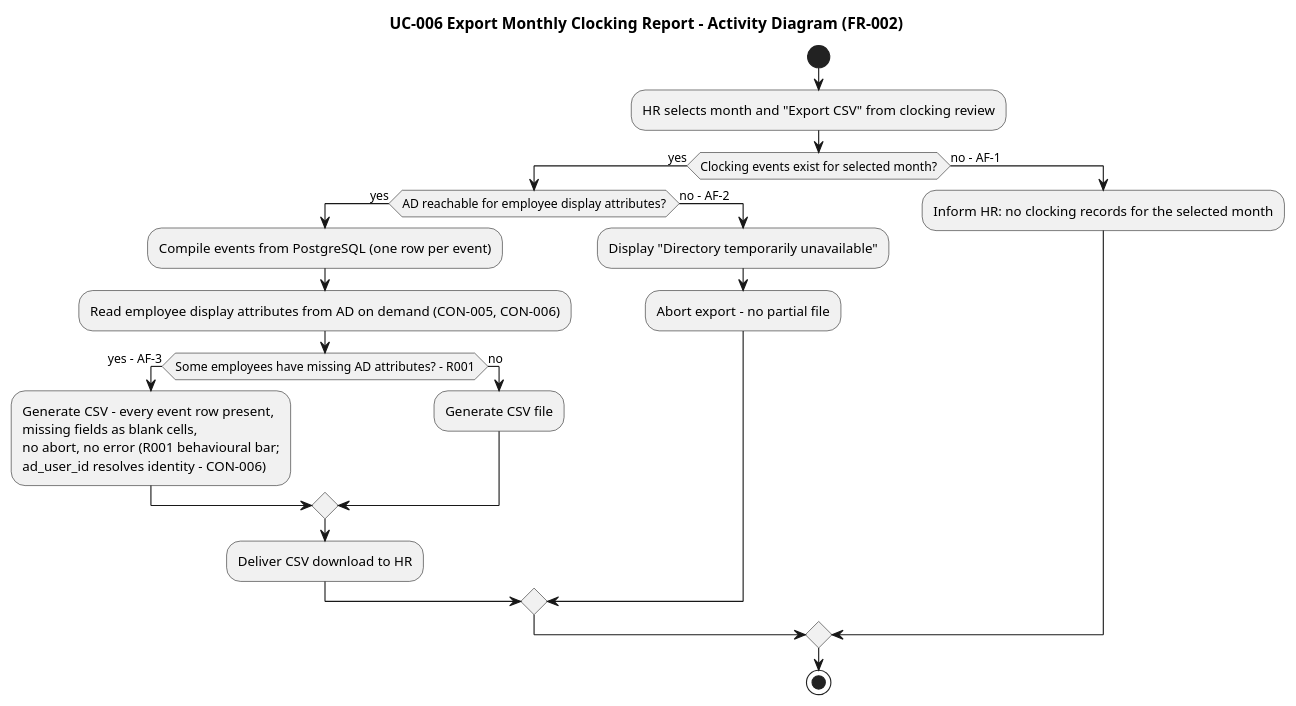
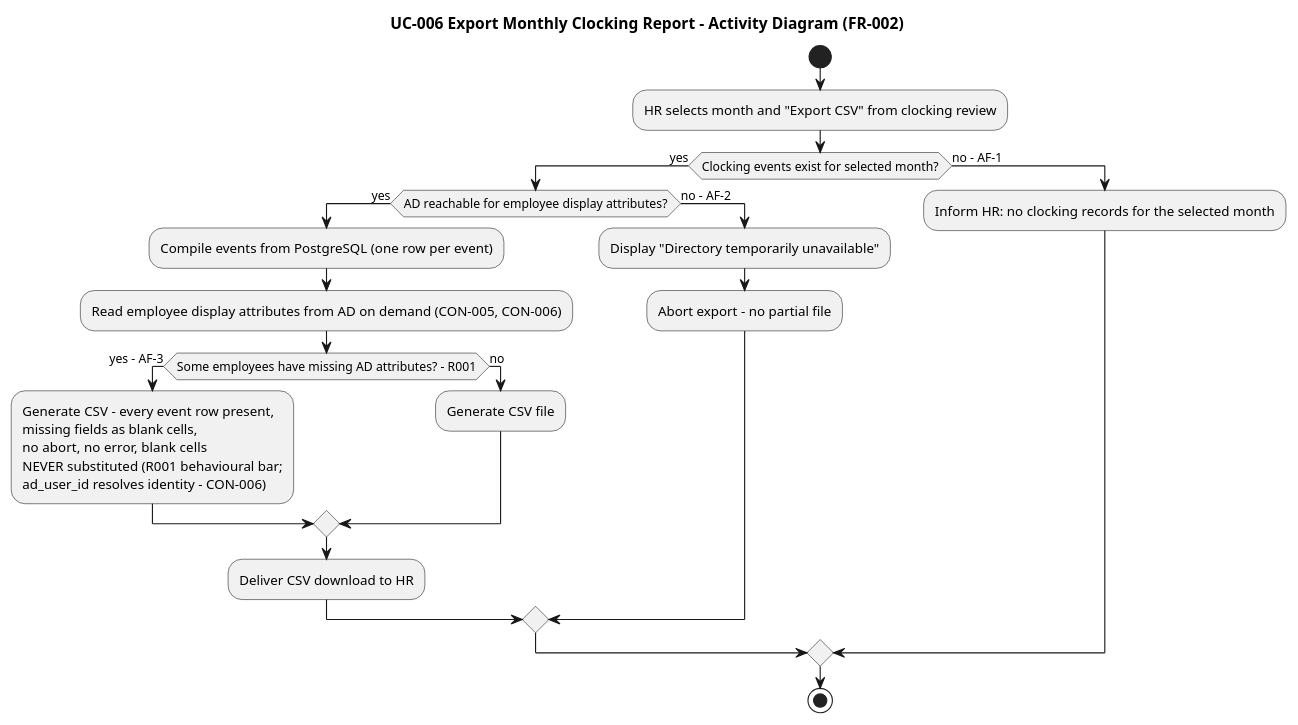
One commit to banense-test/employee-portal changed the seventh of 16 diagrams in docs/artifacts/requirements/use-case-model.md. Above: the diagram before and after it, drawn with PlantUML. The commit also changed other lines of this file, not shown here.

````diff
--- a/docs/artifacts/requirements/use-case-model.md
+++ b/docs/artifacts/requirements/use-case-model.md
@@ -489,25 +489,25 @@
 ```plantuml
 @startuml
 title UC-006 Export Monthly Clocking Report - Activity Diagram (FR-002)
 start
 :HR selects month and "Export CSV" from clocking review;
 if (Clocking events exist for selected month?) then (yes)
   if (AD reachable for employee display attributes?) then (yes)
     :Compile events from PostgreSQL (one row per event);
     :Read employee display attributes from AD on demand (CON-005, CON-006);
     if (Some employees have missing AD attributes? - R001) then (yes - AF-3)
-      :Generate CSV - every event row present,\nmissing fields as blank cells,\nno abort, no error (R001 behavioural bar;\nad_user_id resolves identity - CON-006);
+      :Generate CSV - every event row present,\nmissing fields as blank cells,\nno abort, no error, blank cells\nNEVER substituted (R001 behavioural bar;\nad_user_id resolves identity - CON-006);
     else (no)
       :Generate CSV file;
     endif
     :Deliver CSV download to HR;
   else (no - AF-2)
     :Display "Directory temporarily unavailable";
     :Abort export - no partial file;
   endif
 else (no - AF-1)
   :Inform HR: no clocking records for the selected month;
 endif
 stop
 @enduml
 ```
````
